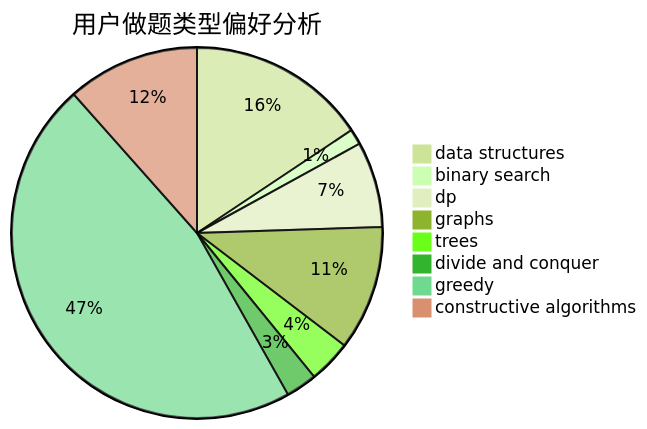
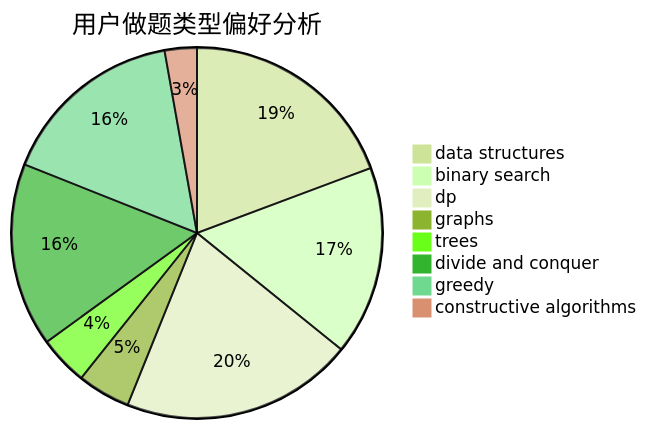
The second of 3 diagrams in docs/user/u1359.md (sherpahu/cfrs.github.io), drawn with Mermaid (forest theme) before and after one commit. The commit also changed other lines of this file and 2770 other files, not shown here.

````diff
--- a/docs/user/u1359.md
+++ b/docs/user/u1359.md
@@ -23,11 +23,11 @@
 ```mermaid
 pie title 用户做题类型偏好分析
-    "data structures" :  46
-    "binary search" :  4
-    "dp" :  22
-    "graphs" :  32
-    "trees" :  11
-    "divide and conquer" :  8
-    "greedy" :  137
-    "constructive algorithms" :  34
+    "data structures" :  117
+    "binary search" :  100
+    "dp" :  123
+    "graphs" :  28
+    "trees" :  26
+    "divide and conquer" :  97
+    "greedy" :  98
+    "constructive algorithms" :  17
 ```
````
